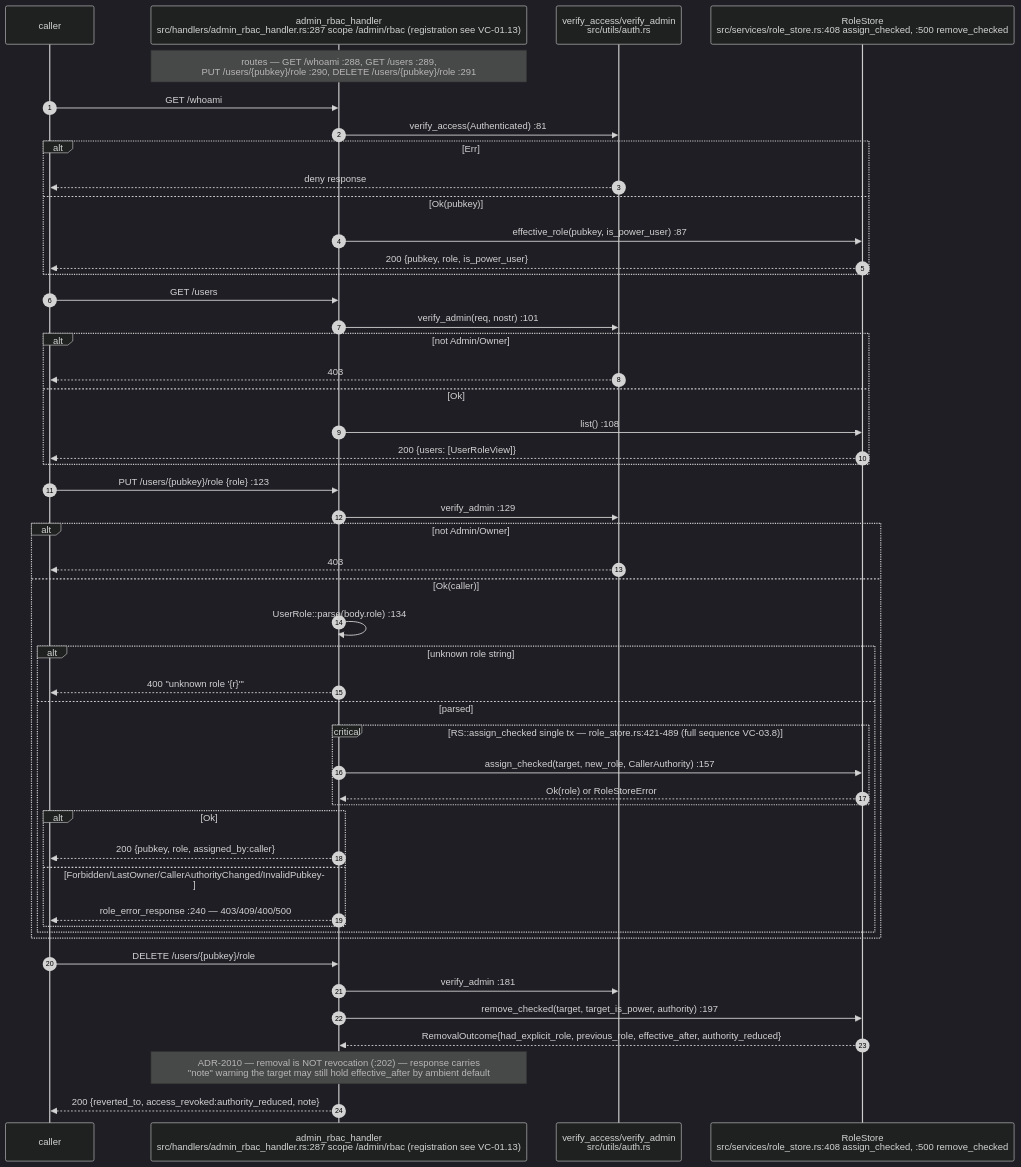
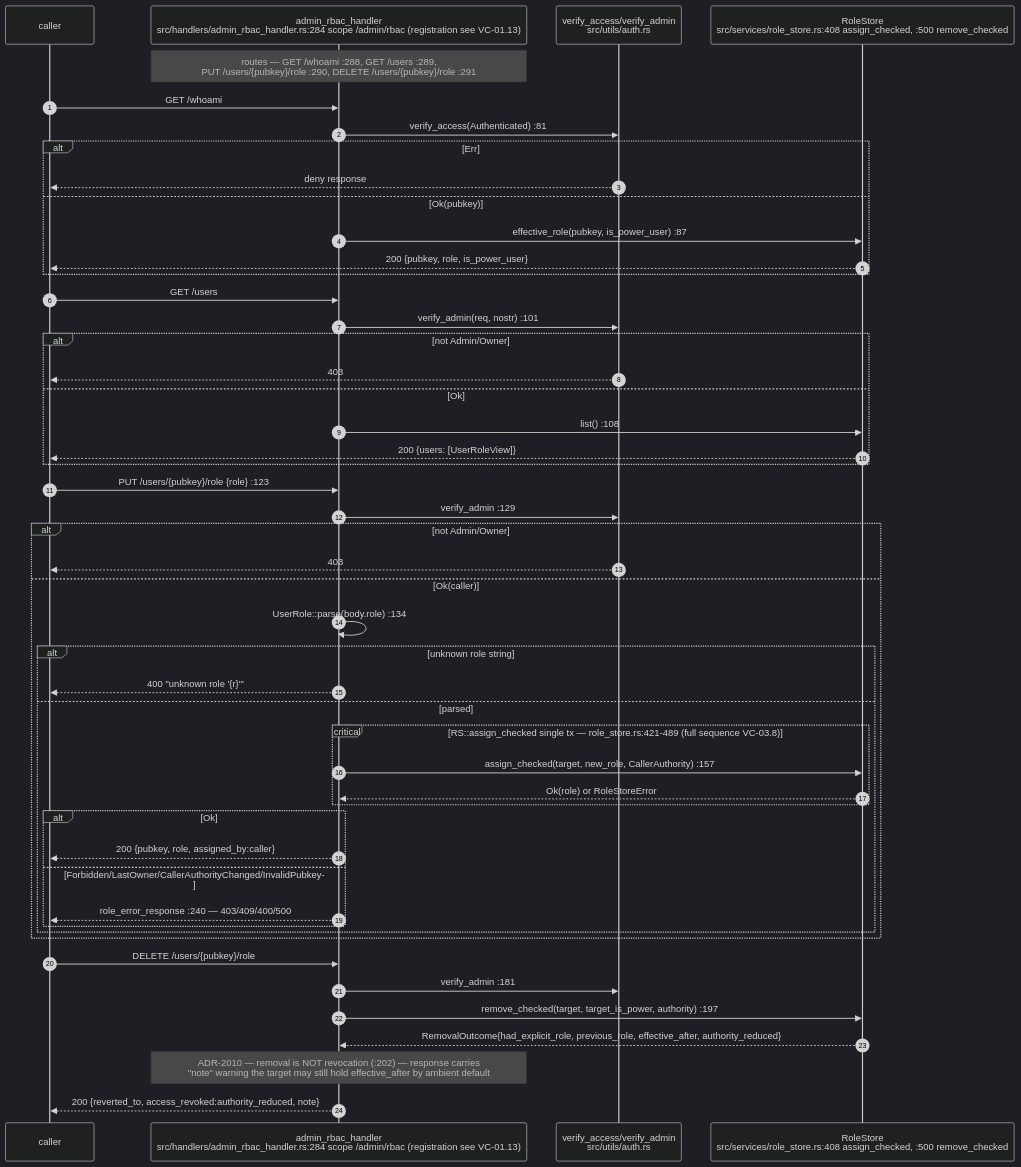
Before and after one commit to DreamLab-AI/AR-AI-Knowledge-Graph: the first of 18 diagrams in docs/diagrams/visionclaw/05-handlers-governance-and-identity.md, drawn with Mermaid (dark theme). The commit also changed other lines of this file and 73 other files, not shown here.

First line of the commit message:
docs(diagrams): re-verify all 71 topic files against HEAD; add --cite-check

````diff
--- a/docs/diagrams/visionclaw/05-handlers-governance-and-identity.md
+++ b/docs/diagrams/visionclaw/05-handlers-governance-and-identity.md
@@ -61,52 +61,52 @@
 ```mermaid
 sequenceDiagram
     autonumber
     participant C as caller
-    participant H as admin_rbac_handler<br/>src/handlers/admin_rbac_handler.rs:287 scope /admin/rbac (registration see VC-01.13)
+    participant H as admin_rbac_handler<br/>src/handlers/admin_rbac_handler.rs:284 scope /admin/rbac (registration see VC-01.13)
     participant VA as verify_access/verify_admin<br/>src/utils/auth.rs
     participant RS as RoleStore<br/>src/services/role_store.rs:408 assign_checked, :500 remove_checked
 
     Note over H: routes — GET /whoami :288, GET /users :289,<br/>PUT /users/{pubkey}/role :290, DELETE /users/{pubkey}/role :291
     C->>H: GET /whoami
     H->>VA: verify_access(Authenticated) :81
     alt Err
         VA-->>C: deny response
     else Ok(pubkey)
         H->>RS: effective_role(pubkey, is_power_user) :87
         RS-->>C: 200 {pubkey, role, is_power_user}
     end
     C->>H: GET /users
     H->>VA: verify_admin(req, nostr) :101
     alt not Admin/Owner
         VA-->>C: 403
     else Ok
         H->>RS: list() :108
         RS-->>C: 200 {users: [UserRoleView]}
     end
     C->>H: PUT /users/{pubkey}/role {role} :123
     H->>VA: verify_admin :129
     alt not Admin/Owner
         VA-->>C: 403
     else Ok(caller)
         H->>H: UserRole::parse(body.role) :134
         alt unknown role string
             H-->>C: 400 "unknown role '{r}'"
         else parsed
             critical RS::assign_checked single tx — role_store.rs:421-489 (full sequence VC-03.8)
                 H->>RS: assign_checked(target, new_role, CallerAuthority) :157
                 RS-->>H: Ok(role) or RoleStoreError
             end
             alt Ok
                 H-->>C: 200 {pubkey, role, assigned_by:caller}
             else Forbidden/LastOwner/CallerAuthorityChanged/InvalidPubkey
                 H-->>C: role_error_response :240 — 403/409/400/500
             end
         end
     end
     C->>H: DELETE /users/{pubkey}/role
     H->>VA: verify_admin :181
     H->>RS: remove_checked(target, target_is_power, authority) :197
     RS-->>H: RemovalOutcome{had_explicit_role, previous_role, effective_after, authority_reduced}
     Note over H: ADR-2010 — removal is NOT revocation (:202) — response carries<br/>"note" warning the target may still hold effective_after by ambient default
     H-->>C: 200 {reverted_to, access_revoked:authority_reduced, note}
 ```
````
